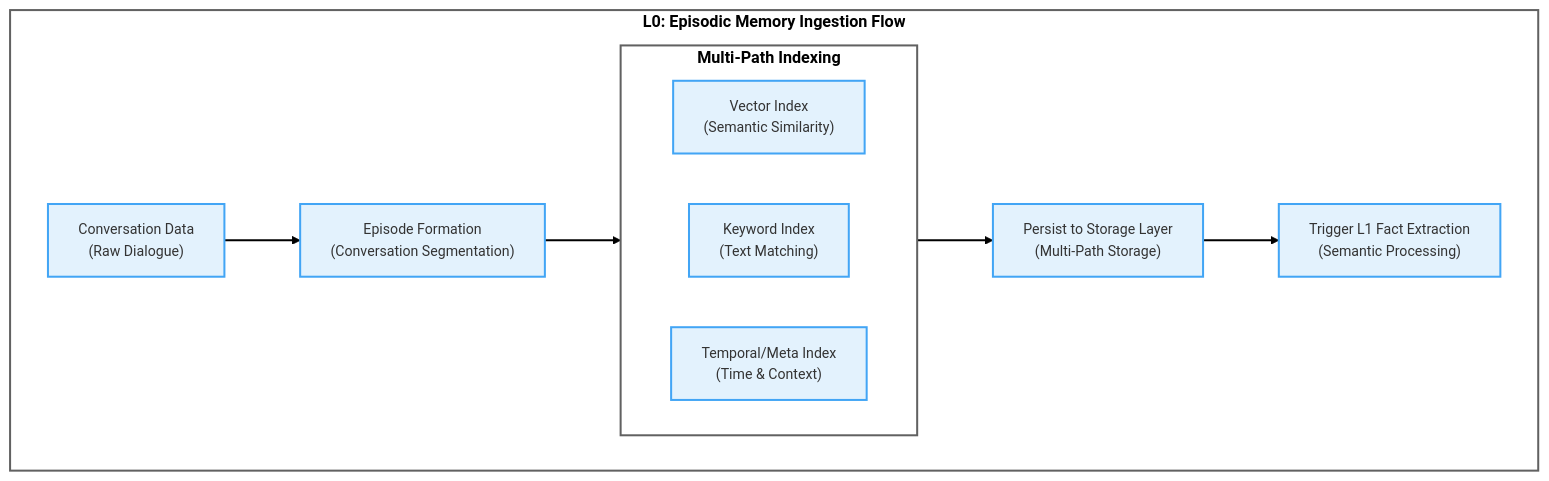
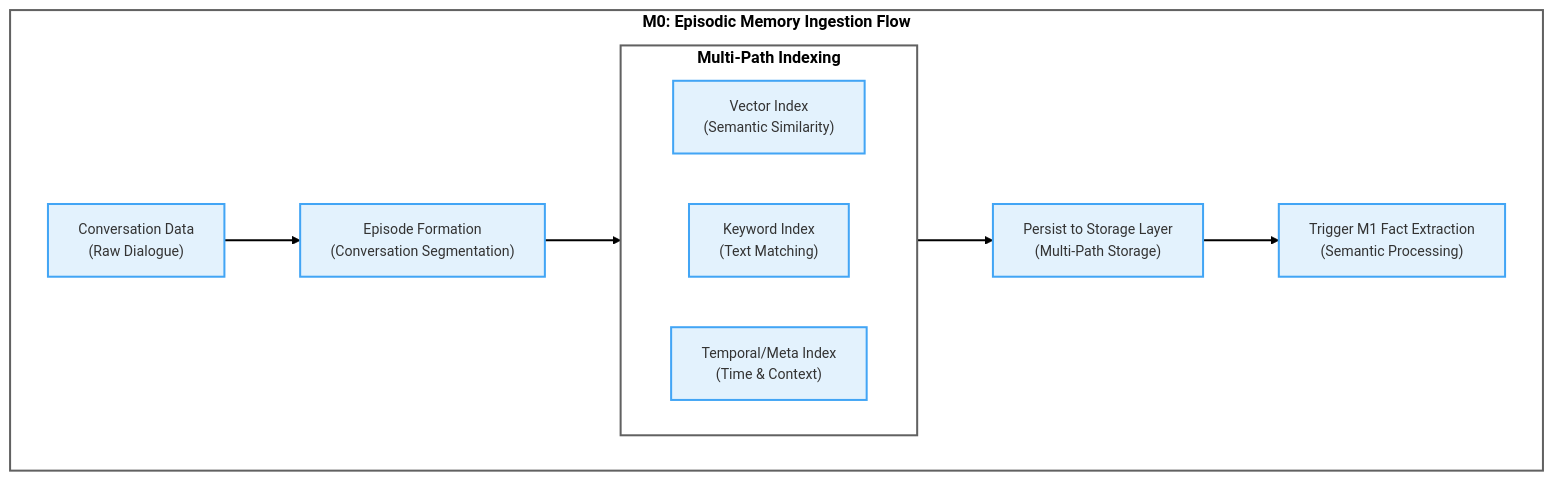
Before and after one commit to memfuse/memfuse: the first of 8 diagrams in docs/architecture/memory.md, drawn with Mermaid. The commit also changed other lines of this file and 24 other files, not shown here.

````diff
--- a/docs/architecture/memory.md
+++ b/docs/architecture/memory.md
@@ -130,37 +130,37 @@
 ```mermaid
 ---
 config:
   layout: dagre
   theme: neo
 ---
 flowchart TD
  subgraph indexing_sub["Multi-Path Indexing"]
     direction LR
         VectorIndex["Vector Index<br>(Semantic Similarity)"]
         KeywordIndex["Keyword Index<br>(Text Matching)"]
         TemporalIndex["Temporal/Meta Index<br>(Time & Context)"]
   end
- subgraph l0_flow["L0: Episodic Memory Ingestion Flow"]
+ subgraph m0_flow["M0: Episodic Memory Ingestion Flow"]
         EpisodeFormation["Episode Formation<br>(Conversation Segmentation)"]
         Input["Conversation Data<br>(Raw Dialogue)"]
         indexing_sub
         Storage["Persist to Storage Layer<br>(Multi-Path Storage)"]
-        TriggerL1["Trigger L1 Fact Extraction<br>(Semantic Processing)"]
+        TriggerM1["Trigger M1 Fact Extraction<br>(Semantic Processing)"]
   end
     Input --> EpisodeFormation
     EpisodeFormation --> indexing_sub
     indexing_sub --> Storage
-    Storage --> TriggerL1
+    Storage --> TriggerM1
      VectorIndex:::node_style
      KeywordIndex:::node_style
      TemporalIndex:::node_style
      EpisodeFormation:::node_style
      Input:::node_style
      indexing_sub:::header_style
      Storage:::node_style
-     TriggerL1:::node_style
-     l0_flow:::header_style
+     TriggerM1:::node_style
+     m0_flow:::header_style
     classDef default fill:#fff,stroke:#333,stroke-width:2px,font-size:14px,white-space:nowrap
     classDef header_style stroke:#616161,stroke-width:2px,color:black,font-weight:bold,font-size:16px,white-space:nowrap
     classDef node_style fill:#E3F2FD,stroke:#42A5F5
 ```
````
